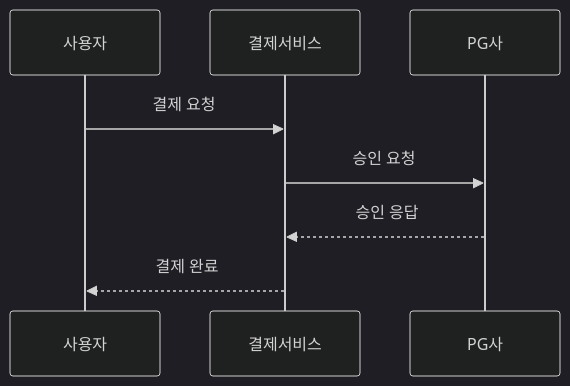
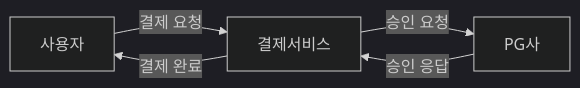
One commit to yjkim2015/yjkim2015.github.io changed the second of 6 diagrams in _posts/systemdesign/2026-05-03-system-design-payment.md. Above: the diagram before and after it, drawn with Mermaid (dark theme). The commit also changed other lines of this file and 84 other files, not shown here.

First line of the commit message:
85개 포스트 Mermaid 다이어그램 규칙 일괄 수정

````diff
--- a/_posts/systemdesign/2026-05-03-system-design-payment.md
+++ b/_posts/systemdesign/2026-05-03-system-design-payment.md
@@ -161,10 +161,7 @@
 ```mermaid
-sequenceDiagram
-    participant U as 사용자
-    participant PS as 결제서비스
-    participant PG as PG사
-    U->>PS: 결제 요청
-    PS->>PG: 승인 요청
-    PG-->>PS: 승인 응답
-    PS-->>U: 결제 완료
+graph LR
+    A[사용자] -->|결제 요청| B[결제서비스]
+    B -->|승인 요청| C[PG사]
+    C -->|승인 응답| B
+    B -->|결제 완료| A
 ```
````
